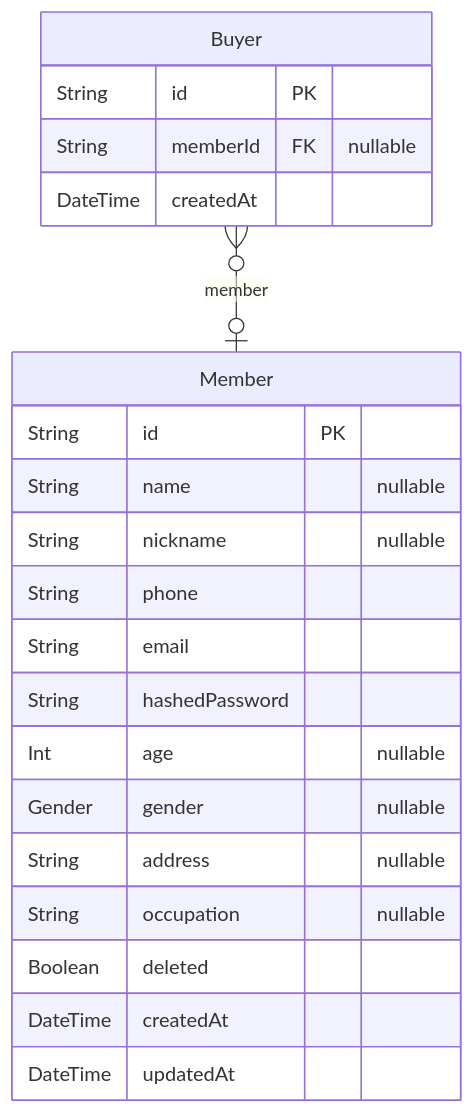
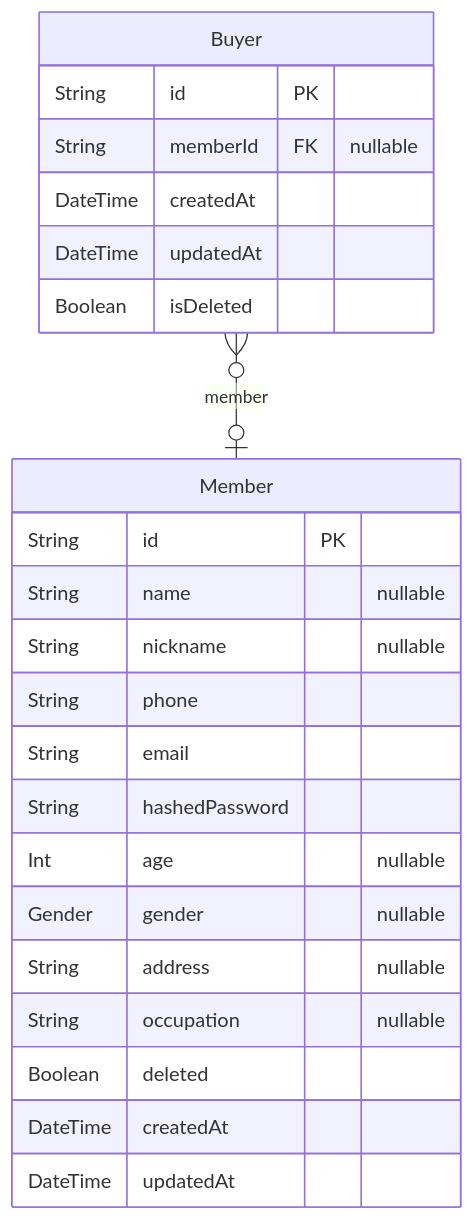
Before and after one commit to kakasoo/nestia-commerce: the second of 3 diagrams in prisma/ERD.md, drawn with Mermaid. The commit also changed other lines of this file and 1 other file, not shown here.

````diff
--- a/prisma/ERD.md
+++ b/prisma/ERD.md
@@ -8,24 +29,26 @@
 ```mermaid
 erDiagram
 "Buyer" {
   String id PK
   String memberId FK "nullable"
   DateTime createdAt
+  DateTime updatedAt
+  Boolean isDeleted
 }
 "Member" {
   String id PK
   String name "nullable"
   String nickname "nullable"
   String phone
   String email
   String hashedPassword
   Int age "nullable"
   Gender gender "nullable"
   String address "nullable"
   String occupation "nullable"
   Boolean deleted
   DateTime createdAt
   DateTime updatedAt
 }
 "Buyer" }o--o| "Member" : member
 ```
````
